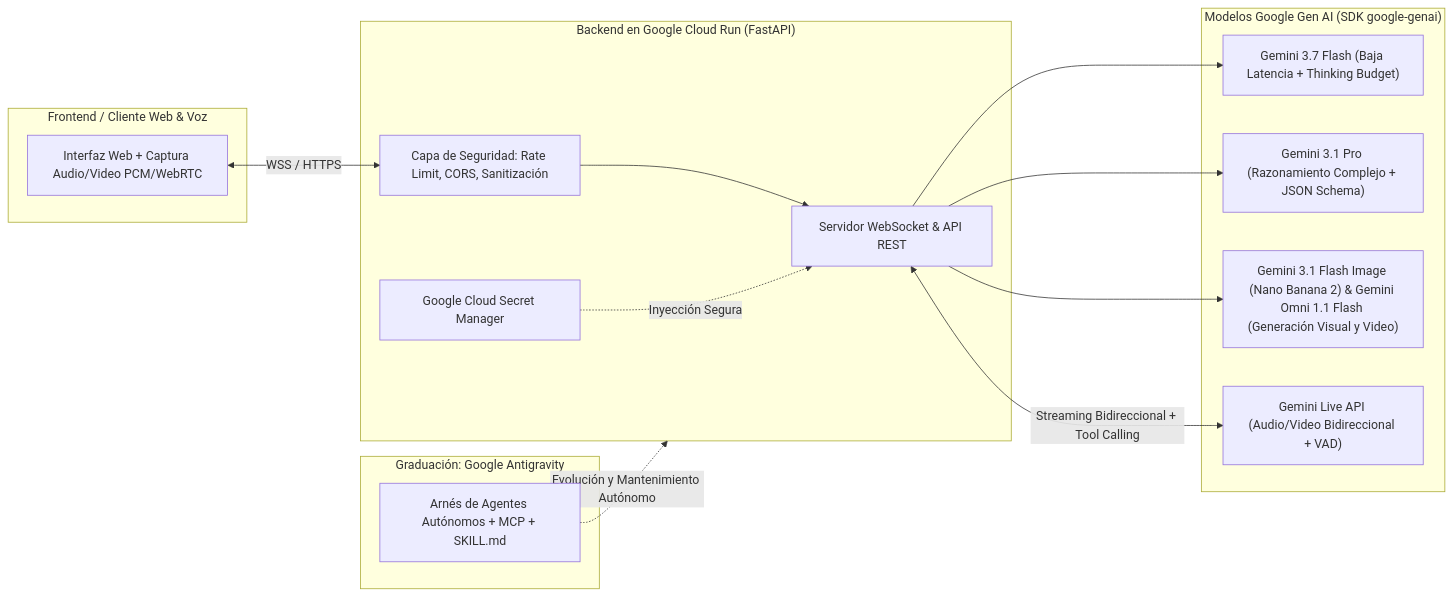
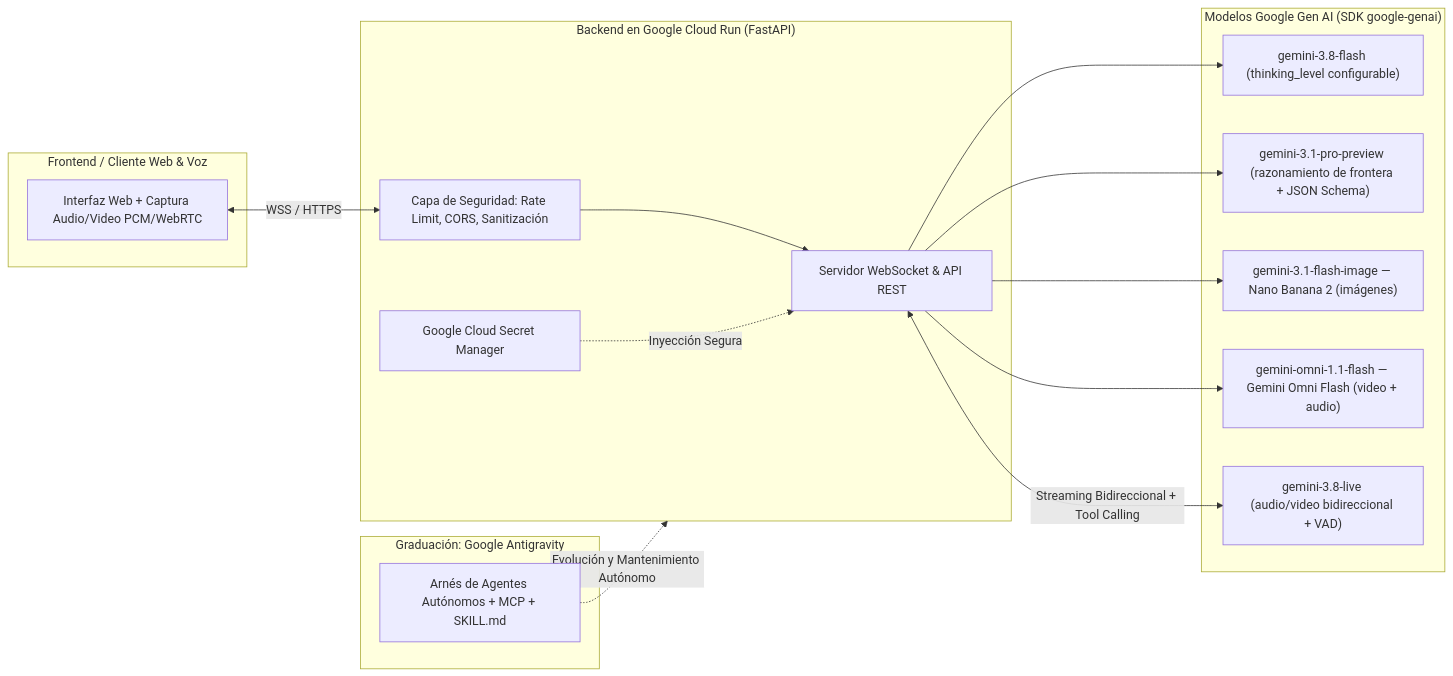
Before and after one commit to AllInVaders/aistudio-full-course: the diagram in es/README.md, drawn with Mermaid. The commit also changed other lines of this file and 30 other files, not shown here.

Commit message:
feat: upgrade all Gemini 3.7 Flash references to Gemini 3.8 Flash (gemini-3.8-flash)

````diff
--- a/es/README.md
+++ b/es/README.md
@@ -18,32 +55,34 @@
 ```mermaid
 flowchart LR
     subgraph Cliente["Frontend / Cliente Web & Voz"]
         UI["Interfaz Web + Captura Audio/Video PCM/WebRTC"]
     end
 
     subgraph CloudRun["Backend en Google Cloud Run (FastAPI)"]
         WS["Servidor WebSocket & API REST"]
         SEC["Capa de Seguridad: Rate Limit, CORS, Sanitización"]
         SM["Google Cloud Secret Manager"]
     end
 
     subgraph Gemini["Modelos Google Gen AI (SDK google-genai)"]
-        FLASH["Gemini 3.7 Flash (Baja Latencia + Thinking Budget)"]
-        PRO["Gemini 3.1 Pro (Razonamiento Complejo + JSON Schema)"]
-        MEDIA["Gemini 3.1 Flash Image (Nano Banana 2) & Gemini Omni 1.1 Flash (Generación Visual y Video)"]
-        LIVE["Gemini Live API (Audio/Video Bidireccional + VAD)"]
+        FLASH["gemini-3.8-flash (thinking_level configurable)"]
+        PRO["gemini-3.1-pro-preview (razonamiento de frontera + JSON Schema)"]
+        NANO["gemini-3.1-flash-image — Nano Banana 2 (imágenes)"]
+        OMNI["gemini-omni-1.1-flash — Gemini Omni Flash (video + audio)"]
+        LIVE["gemini-3.8-live (audio/video bidireccional + VAD)"]
     end
 
     subgraph Antigravity["Graduación: Google Antigravity"]
         AG["Arnés de Agentes Autónomos + MCP + SKILL.md"]
     end
 
     UI <-->|"WSS / HTTPS"| SEC
     SEC --> WS
     SM -.->|"Inyección Segura"| WS
     WS --> FLASH
     WS --> PRO
-    WS --> MEDIA
+    WS --> NANO
+    WS --> OMNI
     WS <-->|"Streaming Bidireccional + Tool Calling"| LIVE
     AG -.->|"Evolución y Mantenimiento Autónomo"| CloudRun
 ```
````
